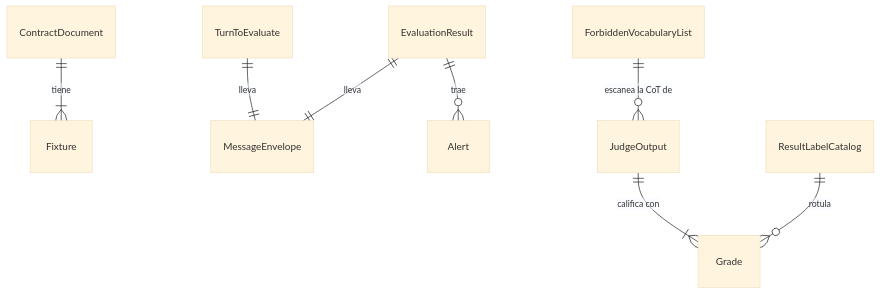
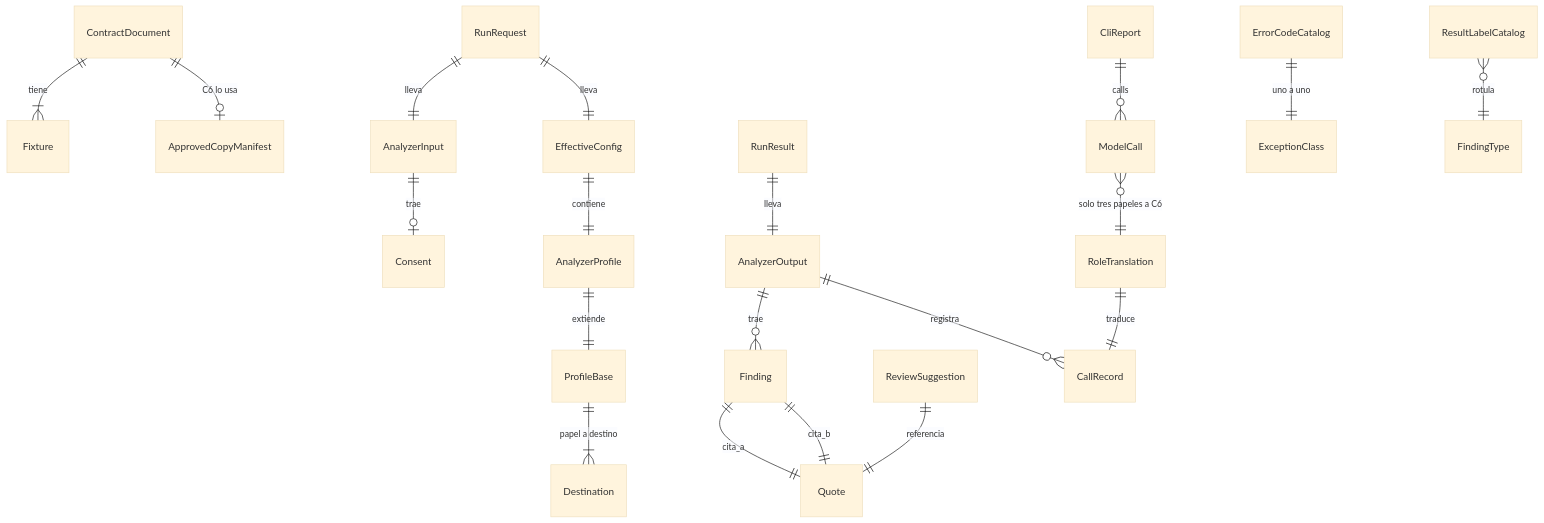
Before and after one commit to freyesJaveriana/tai: the third of 3 diagrams in aidlc/spaces/default/intents/261002-veridicus-mvp/construction/contracts/functional-design/functional-spec.md, drawn with Mermaid (base theme). The commit also changed other lines of this file and 6 other files, not shown here.

````diff
--- a/aidlc/spaces/default/intents/261002-veridicus-mvp/construction/contracts/functional-design/functional-spec.md
+++ b/aidlc/spaces/default/intents/261002-veridicus-mvp/construction/contracts/functional-design/functional-spec.md
@@ -141,10 +232,22 @@
 ```mermaid
 erDiagram
   ContractDocument ||--|{ Fixture : "tiene"
-  TurnToEvaluate ||--|| MessageEnvelope : "lleva"
-  EvaluationResult ||--|| MessageEnvelope : "lleva"
-  EvaluationResult ||--o{ Alert : "trae"
-  JudgeOutput ||--|{ Grade : "califica con"
-  ResultLabelCatalog ||--o{ Grade : "rotula"
-  ForbiddenVocabularyList ||--o{ JudgeOutput : "escanea la CoT de"
+  ContractDocument ||--o| ApprovedCopyManifest : "C6 lo usa"
+  RunRequest ||--|| AnalyzerInput : "lleva"
+  RunRequest ||--|| EffectiveConfig : "lleva"
+  RunResult ||--|| AnalyzerOutput : "lleva"
+  AnalyzerInput ||--o| Consent : "trae"
+  AnalyzerOutput ||--o{ Finding : "trae"
+  AnalyzerOutput ||--o{ CallRecord : "registra"
+  Finding ||--|| Quote : "cita_a"
+  Finding ||--|| Quote : "cita_b"
+  ReviewSuggestion ||--|| Quote : "referencia"
+  EffectiveConfig ||--|| AnalyzerProfile : "contiene"
+  AnalyzerProfile ||--|| ProfileBase : "extiende"
+  ProfileBase ||--|{ Destination : "papel a destino"
+  ModelCall }o--|| RoleTranslation : "solo tres papeles a C6"
+  RoleTranslation ||--|| CallRecord : "traduce"
+  CliReport ||--o{ ModelCall : "calls"
+  ErrorCodeCatalog ||--|| ExceptionClass : "uno a uno"
+  ResultLabelCatalog }o--|| FindingType : "rotula"
 ```
````
